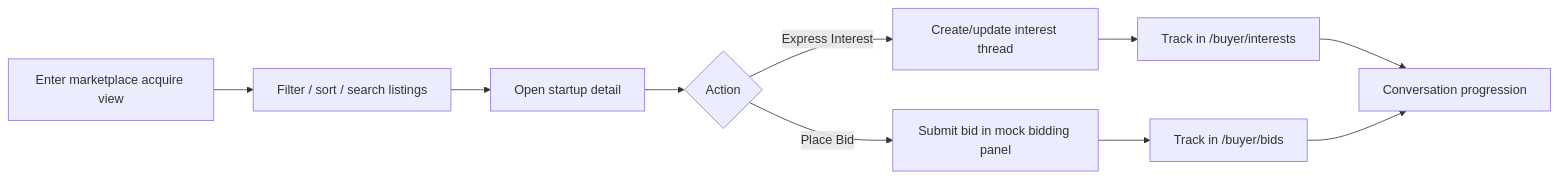
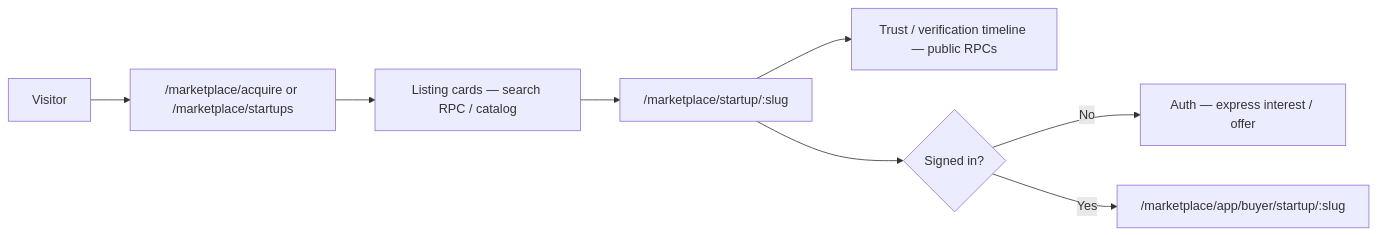
One commit to Ownerr-io/Web-Application changed the fourth of 17 diagrams in README.md. Above: the diagram before and after it, drawn with Mermaid. The commit also changed other lines of this file, not shown here.

Commit message:
feature/seller-buyer-verifica tion-and-inbox

````diff
--- a/README.md
+++ b/README.md
@@ -197,12 +218,10 @@
 ```mermaid
 flowchart LR
-    A[Enter marketplace acquire view] --> B[Filter / sort / search listings]
-    B --> C[Open startup detail]
-    C --> D{Action}
-    D -->|Express Interest| E[Create/update interest thread]
-    D -->|Place Bid| F[Submit bid in mock bidding panel]
-    E --> G[Track in /buyer/interests]
-    F --> H[Track in /buyer/bids]
-    G --> I[Conversation progression]
-    H --> I
+  VIS[Visitor] --> ACQ["/marketplace/acquire or /marketplace/startups"]
+  ACQ --> CARD[Listing cards — search RPC / catalog]
+  CARD --> DETAIL["/marketplace/startup/:slug"]
+  DETAIL --> TRUST[Trust / verification timeline — public RPCs]
+  DETAIL --> CTA{Signed in?}
+  CTA -->|No| LOGIN[Auth — express interest / offer]
+  CTA -->|Yes| APP["/marketplace/app/buyer/startup/:slug"]
 ```
````
